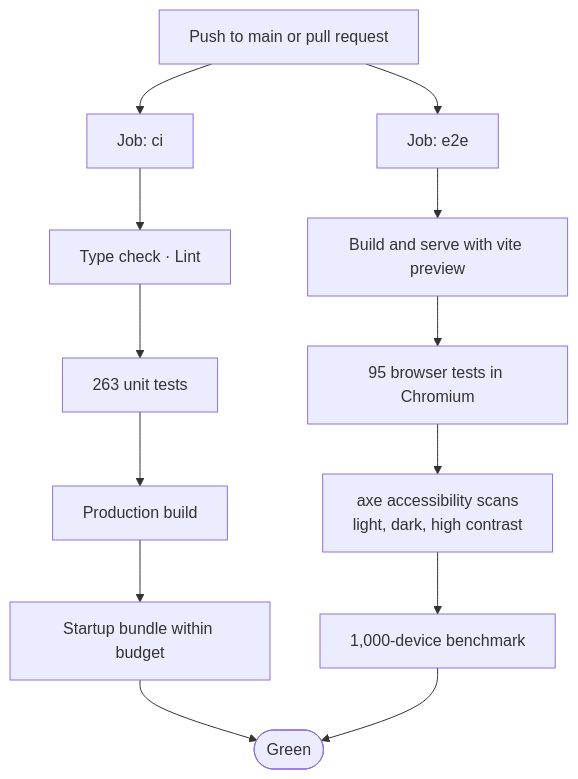
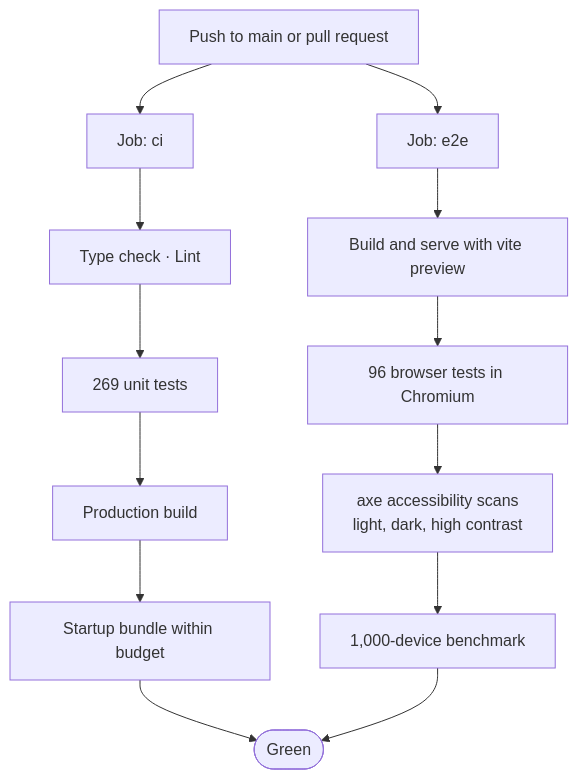
One commit to vijaykumargowdakk/ReSecArc changed diagram 29 of 32 in README.md. Above: the diagram before and after it, drawn with Mermaid. The commit also changed other lines of this file and 12 other files, not shown here.

````diff
--- a/README.md
+++ b/README.md
@@ -1282,15 +1282,15 @@
 ```mermaid
 flowchart TB
     PUSH["Push to main or pull request"] --> J1["Job: ci"]
     PUSH --> J2["Job: e2e"]
     J1 --> A1["Type check · Lint"]
-    A1 --> A2["263 unit tests"]
+    A1 --> A2["269 unit tests"]
     A2 --> A3["Production build"]
     A3 --> A4["Startup bundle within budget"]
     J2 --> B1["Build and serve with vite preview"]
-    B1 --> B2["95 browser tests in Chromium"]
+    B1 --> B2["96 browser tests in Chromium"]
     B2 --> B3["axe accessibility scans<br/>light, dark, high contrast"]
     B3 --> B4["1,000-device benchmark"]
     A4 --> OK(["Green"])
     B4 --> OK
 ```
````
